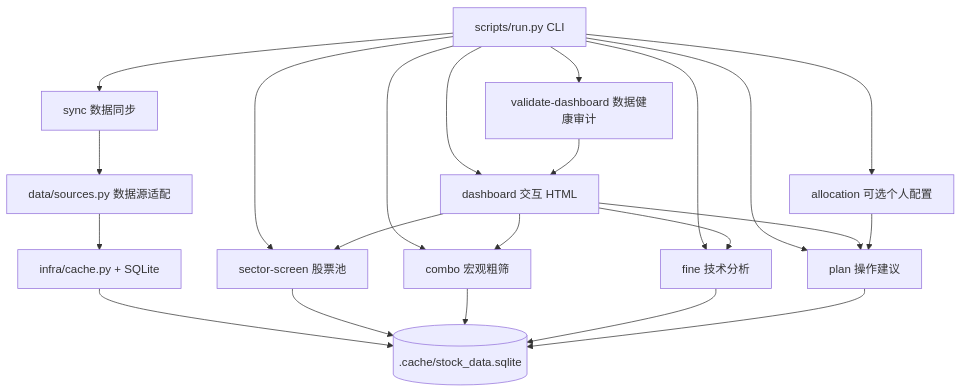
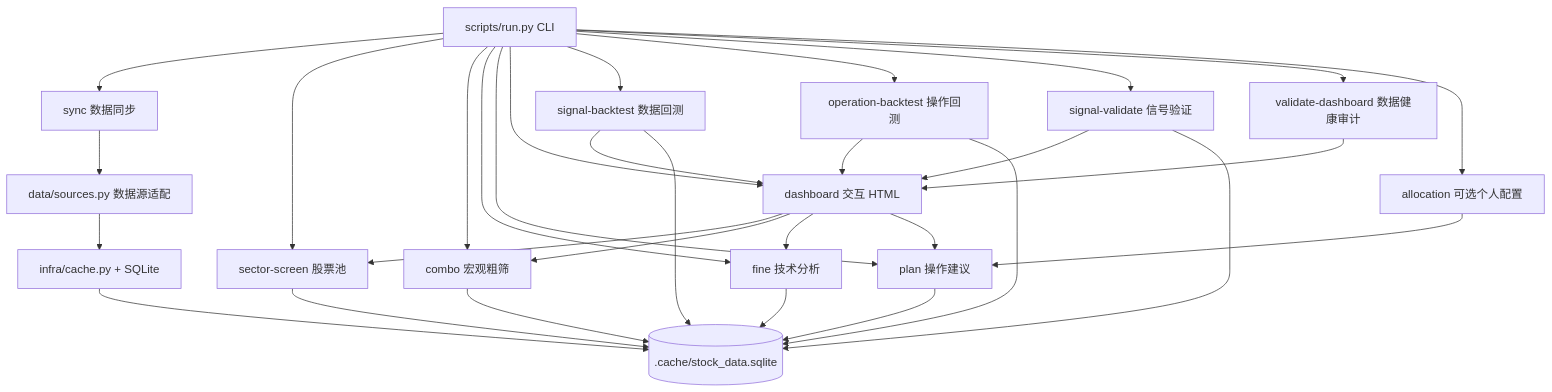
One commit to dlxu1/tech-growth-stock-screener changed the diagram in README.md. Above: the diagram before and after it, drawn with Mermaid. The commit also changed other lines of this file and 33 other files, not shown here.

````diff
--- a/README.md
+++ b/README.md
@@ -38,26 +42,35 @@
 ```mermaid
 flowchart TD
   CLI["scripts/run.py CLI"] --> Sync["sync 数据同步"]
   CLI --> Sector["sector-screen 股票池"]
   CLI --> Combo["combo 宏观粗筛"]
   CLI --> Fine["fine 技术分析"]
   CLI --> Plan["plan 操作建议"]
   CLI --> Dashboard["dashboard 交互 HTML"]
+  CLI --> Backtest["signal-backtest 数据回测"]
+  CLI --> OperationBacktest["operation-backtest 操作回测"]
+  CLI --> SignalValidate["signal-validate 信号验证"]
   CLI --> Validate["validate-dashboard 数据健康审计"]
   CLI --> Allocation["allocation 可选个人配置"]
 
   Sync --> Sources["data/sources.py 数据源适配"]
   Sources --> Cache["infra/cache.py + SQLite"]
   Cache --> DB[(".cache/stock_data.sqlite")]
 
   Sector --> DB
   Combo --> DB
   Fine --> DB
   Plan --> DB
   Dashboard --> Sector
   Dashboard --> Combo
   Dashboard --> Fine
   Dashboard --> Plan
+  Backtest --> Dashboard
+  Backtest --> DB
+  OperationBacktest --> Dashboard
+  OperationBacktest --> DB
+  SignalValidate --> Dashboard
+  SignalValidate --> DB
   Validate --> Dashboard
   Allocation --> Plan
 ```
````
